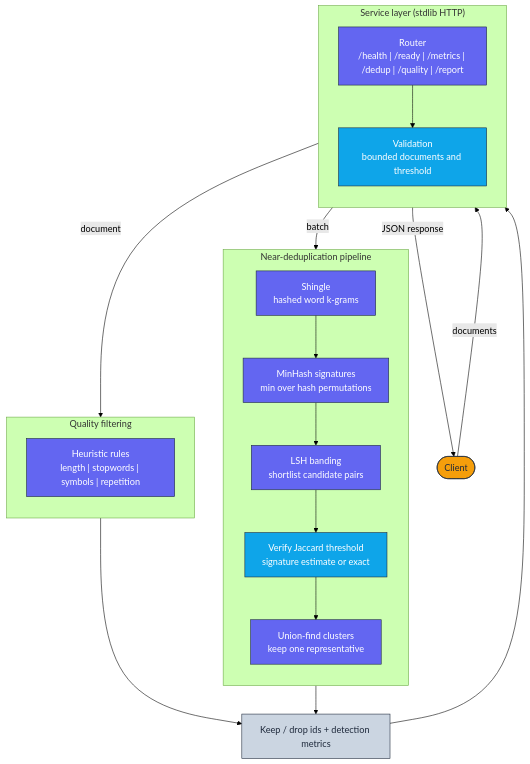
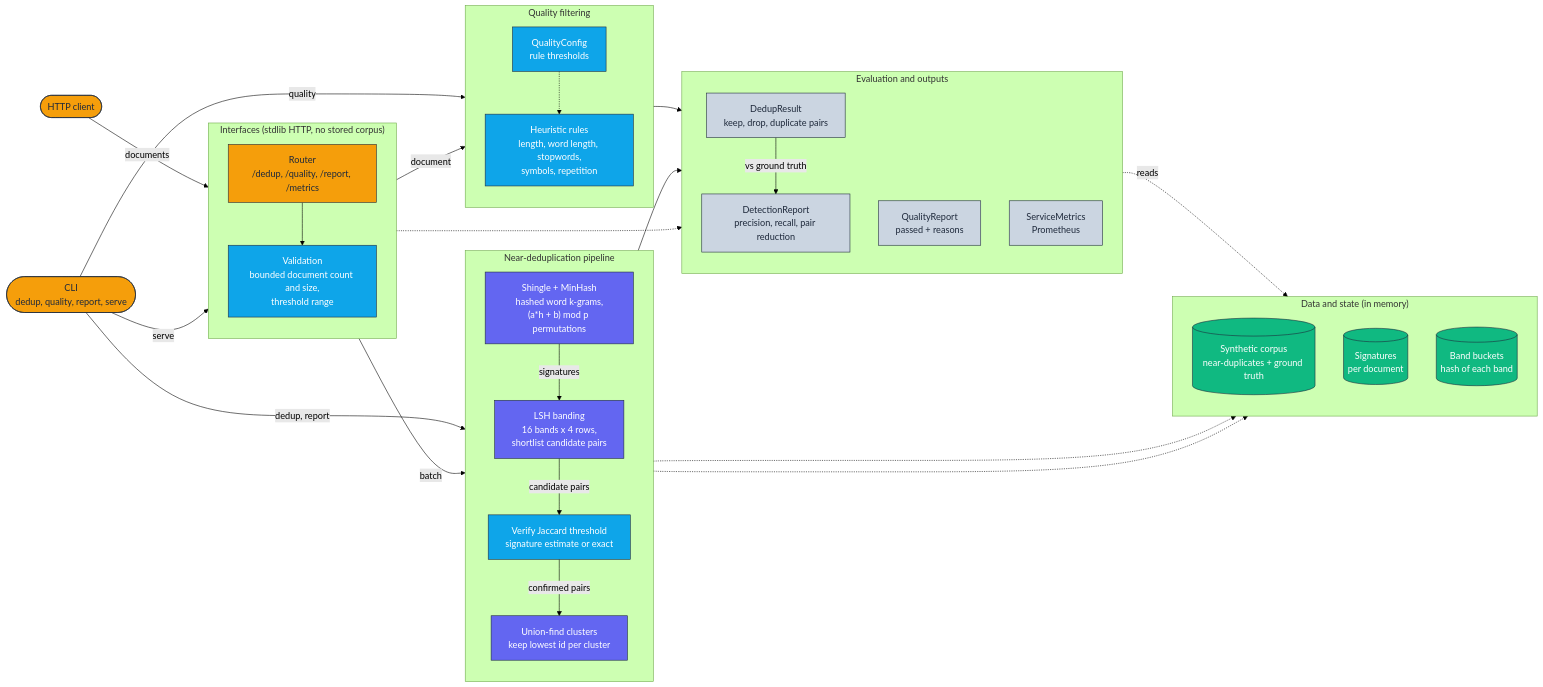
Before and after one commit to adeoluo/corpus-dedup-library: the diagram in docs/architecture/architecture.mmd, drawn with Mermaid (forest theme). The commit also changed 2 other files, not shown here.

Commit message:
docs: horizontal layered architecture diagram

```diff
--- a/docs/architecture/architecture.mmd
+++ b/docs/architecture/architecture.mmd
@@ -1,38 +1,63 @@
-flowchart TD
+flowchart LR
     classDef edge     fill:#F59E0B,stroke:#1E293B,color:#1E293B,stroke-width:1px;
     classDef core     fill:#6366F1,stroke:#1E293B,color:#ffffff,stroke-width:1px;
     classDef data     fill:#10B981,stroke:#1E293B,color:#ffffff,stroke-width:1px;
     classDef control  fill:#0EA5E9,stroke:#1E293B,color:#ffffff,stroke-width:1px;
     classDef obs      fill:#CBD5E1,stroke:#1E293B,color:#1E293B,stroke-width:1px;
 
-    Client([Client]):::edge
+    Client(["HTTP client"]):::edge
+    CLI(["CLI<br/>dedup, quality, report, serve"]):::edge
+
+    subgraph Interfaces["Interfaces (stdlib HTTP, no stored corpus)"]
+        direction TB
+        Router["Router<br/>/dedup, /quality, /report, /metrics"]:::edge
+        Validate["Validation<br/>bounded document count and size,<br/>threshold range"]:::control
+    end
 
     subgraph Dedup["Near-deduplication pipeline"]
         direction TB
-        Shingle["Shingle<br/>hashed word k-grams"]:::core
-        Sign["MinHash signatures<br/>min over hash permutations"]:::core
-        LSH["LSH banding<br/>shortlist candidate pairs"]:::core
+        Sign["Shingle + MinHash<br/>hashed word k-grams,<br/>(a*h + b) mod p permutations"]:::core
+        LSH["LSH banding<br/>16 bands x 4 rows,<br/>shortlist candidate pairs"]:::core
         Verify["Verify Jaccard threshold<br/>signature estimate or exact"]:::control
-        Cluster["Union-find clusters<br/>keep one representative"]:::core
+        Cluster["Union-find clusters<br/>keep lowest id per cluster"]:::core
     end
 
     subgraph Quality["Quality filtering"]
         direction TB
-        Rules["Heuristic rules<br/>length | stopwords | symbols | repetition"]:::core
+        Rules["Heuristic rules<br/>length, word length, stopwords,<br/>symbols, repetition"]:::control
+        QConfig["QualityConfig<br/>rule thresholds"]:::control
     end
 
-    subgraph Edge["Service layer (stdlib HTTP)"]
+    subgraph State["Data and state (in memory)"]
         direction TB
-        Router["Router<br/>/health | /ready | /metrics | /dedup | /quality | /report"]:::core
-        Validate["Validation<br/>bounded documents and threshold"]:::control
+        Corpus[("Synthetic corpus<br/>near-duplicates + ground truth")]:::data
+        Signatures[("Signatures<br/>per document")]:::data
+        Buckets[("Band buckets<br/>hash of each band")]:::data
     end
 
-    Result["Keep / drop ids + detection metrics"]:::obs
+    subgraph Evaluation["Evaluation and outputs"]
+        direction TB
+        Result["DedupResult<br/>keep, drop, duplicate pairs"]:::obs
+        QReport["QualityReport<br/>passed + reasons"]:::obs
+        Detect["DetectionReport<br/>precision, recall, pair reduction"]:::obs
+        Metrics["ServiceMetrics<br/>Prometheus"]:::obs
+    end
 
-    Shingle --> Sign --> LSH --> Verify --> Cluster
-    Client -->|documents| Router --> Validate
-    Validate -->|batch| Dedup
+    Client -->|documents| Router
+    CLI -->|serve| Router
+    CLI -->|dedup, report| Sign
+    CLI -->|quality| Rules
+    Router --> Validate
+    Validate -->|batch| Sign
     Validate -->|document| Rules
+    Sign -->|signatures| LSH
+    LSH -->|candidate pairs| Verify
+    Verify -->|confirmed pairs| Cluster
+    Sign -.-> Signatures
+    LSH -.-> Buckets
+    QConfig -.-> Rules
     Cluster --> Result
-    Rules --> Result
-    Result --> Router -->|JSON response| Client
+    Rules --> QReport
+    Result -->|vs ground truth| Detect
+    Detect -.->|reads| Corpus
+    Router -.-> Metrics
```
